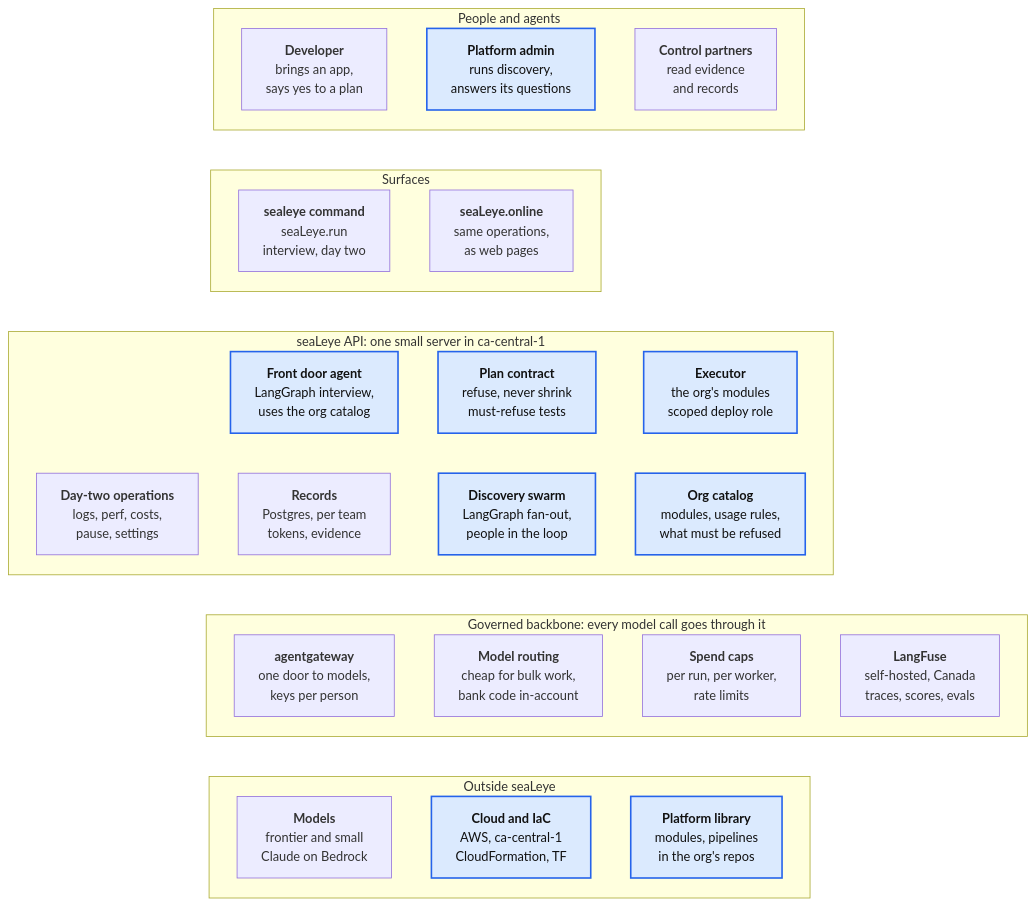
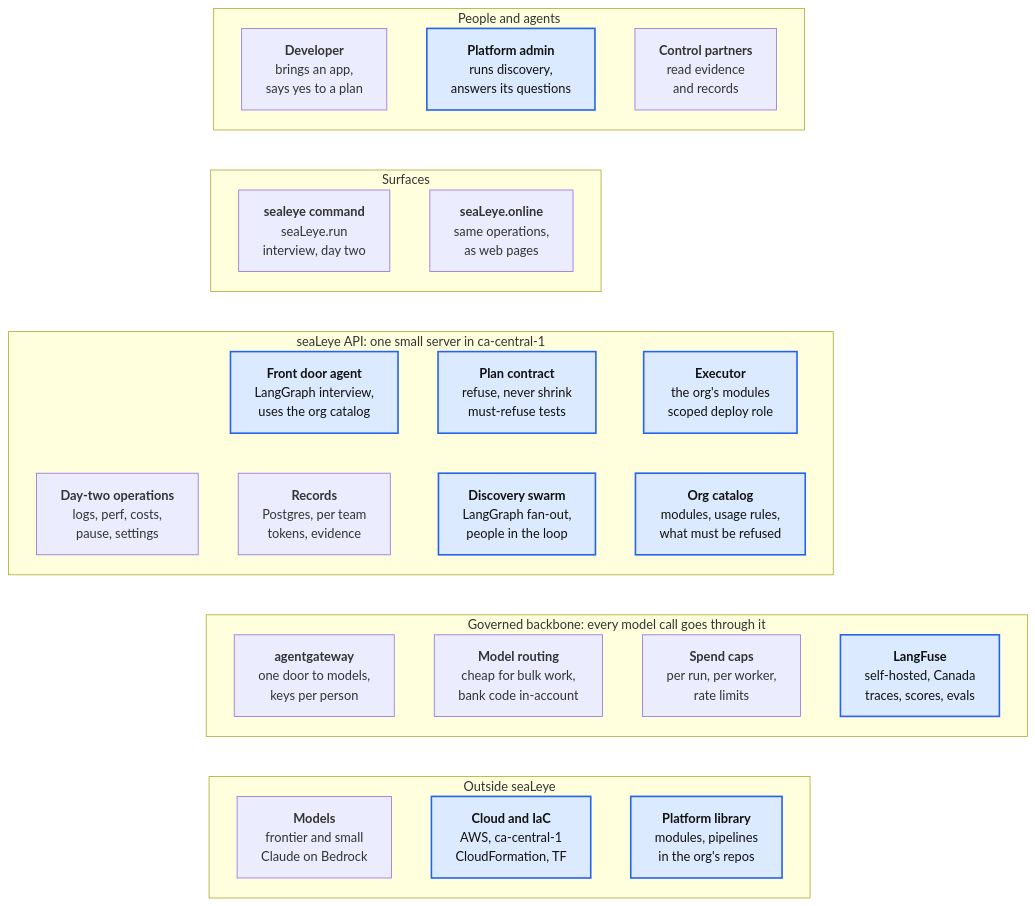
Before and after one commit to GregKliewer/sealeye: the fifth of 11 diagrams in docs/BUILD-OUT.md, drawn with Mermaid. The commit also changed other lines of this file and 3 other files, not shown here.

````diff
--- a/docs/BUILD-OUT.md
+++ b/docs/BUILD-OUT.md
@@ -140,41 +140,41 @@
 ```mermaid
 flowchart TB
   subgraph people["People and agents"]
     dev["<b>Developer</b><br/>brings an app,<br/>says yes to a plan"]
     admin["<b>Platform admin</b><br/>runs discovery,<br/>answers its questions"]
     control["<b>Control partners</b><br/>read evidence<br/>and records"]
   end
   subgraph surfaces["Surfaces"]
     cli["<b>sealeye command</b><br/>seaLeye.run<br/>interview, day two"]
     portal["<b>seaLeye.online</b><br/>same operations,<br/>as web pages"]
   end
   dev ~~~ cli
   subgraph api["seaLeye API: one small server in ca-central-1"]
     frontdoor["<b>Front door agent</b><br/>LangGraph interview,<br/>uses the org catalog"]
     contract["<b>Plan contract</b><br/>refuse, never shrink<br/>must-refuse tests"]
     executor["<b>Executor</b><br/>the org's modules<br/>scoped deploy role"]
     daytwo["<b>Day-two operations</b><br/>logs, perf, costs,<br/>pause, settings"]
     records["<b>Records</b><br/>Postgres, per team<br/>tokens, evidence"]
     discovery["<b>Discovery swarm</b><br/>LangGraph fan-out,<br/>people in the loop"]
     catalog["<b>Org catalog</b><br/>modules, usage rules,<br/>what must be refused"]
   end
   frontdoor ~~~ records
   contract ~~~ discovery
   executor ~~~ catalog
   cli ~~~ frontdoor
   subgraph backbone["Governed backbone: every model call goes through it"]
     gateway["<b>agentgateway</b><br/>one door to models,<br/>keys per person"]
     routing["<b>Model routing</b><br/>cheap for bulk work,<br/>bank code in-account"]
     caps["<b>Spend caps</b><br/>per run, per worker,<br/>rate limits"]
     langfuse["<b>LangFuse</b><br/>self-hosted, Canada<br/>traces, scores, evals"]
   end
   records ~~~ gateway
   subgraph outside["Outside seaLeye"]
     models["<b>Models</b><br/>frontier and small<br/>Claude on Bedrock"]
     cloud["<b>Cloud and IaC</b><br/>AWS, ca-central-1<br/>CloudFormation, TF"]
     library["<b>Platform library</b><br/>modules, pipelines<br/>in the org's repos"]
   end
   gateway ~~~ models
   classDef new fill:#dbeafe,stroke:#2563eb,stroke-width:2px,color:#111
-  class admin,catalog,cloud,contract,discovery,executor,frontdoor,library new
+  class admin,catalog,cloud,contract,discovery,executor,frontdoor,langfuse,library new
 ```
````
